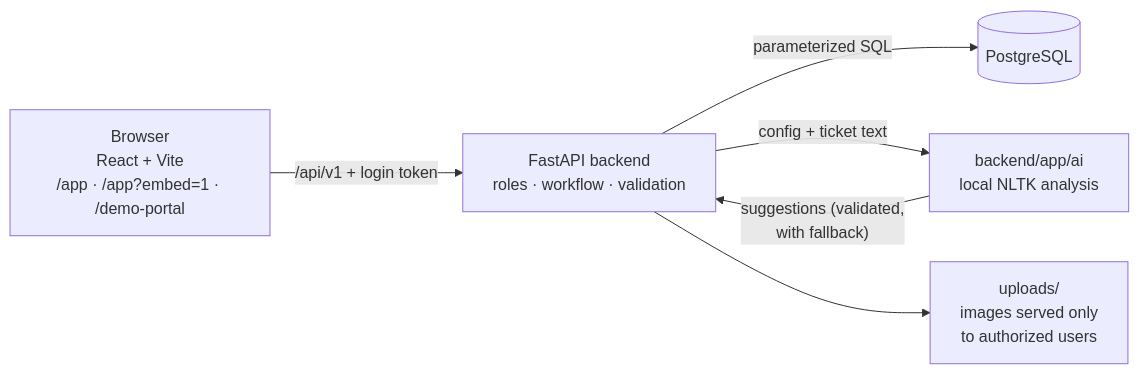
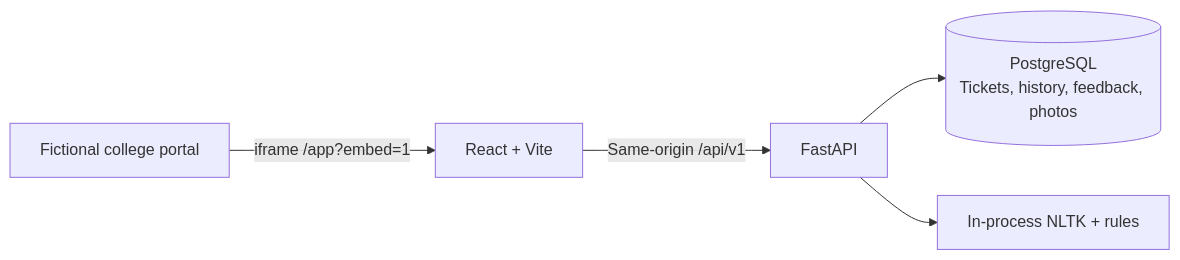
Before and after one commit to Rohan-Ktksu/CampusResolve-AI: the diagram in README.md, drawn with Mermaid. The commit also changed other lines of this file, not shown here.

````diff
--- a/README.md
+++ b/README.md
@@ -69,8 +60,7 @@
 ```mermaid
 flowchart LR
-    U["Browser<br/>React + Vite<br/>/app · /app?embed=1 · /demo-portal"] -- "/api/v1 + login token" --> B["FastAPI backend<br/>roles · workflow · validation"]
-    B -- "parameterized SQL" --> D[("PostgreSQL")]
-    B -- "config + ticket text" --> A["backend/app/ai<br/>local NLTK analysis"]
-    A -- "suggestions (validated,<br/>with fallback)" --> B
-    B --> I["uploads/<br/>images served only<br/>to authorized users"]
+    UI["React + Vite"] -->|"Same-origin /api/v1"| API["FastAPI"]
+    API --> DB[("PostgreSQL<br/>Tickets, history, feedback, photos")]
+    API --> NLP["In-process NLTK + rules"]
+    Portal["Fictional college portal"] -->|"iframe /app?embed=1"| UI
 ```
````
